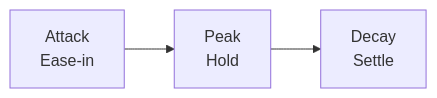
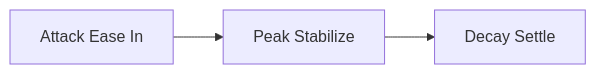
One commit to vishnuvardhanburri/FFmpeg-Motion-Effects-Engineer changed the second of 4 diagrams in README.md. Above: the diagram before and after it, drawn with Mermaid. The commit also changed other lines of this file, not shown here.

````diff
--- a/README.md
+++ b/README.md
@@ -72,5 +73,9 @@
 ```mermaid
-graph LR
-  A[Attack<br/>Ease-in] --> B[Peak<br/>Hold]
-  B --> C[Decay<br/>Settle]
+flowchart LR
+    ATTACK[Attack Ease In]
+    PEAK[Peak Stabilize]
+    DECAY[Decay Settle]
+
+    ATTACK --> PEAK
+    PEAK --> DECAY
 ```
````
